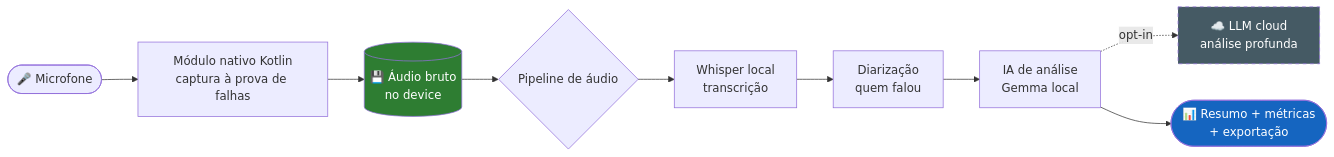
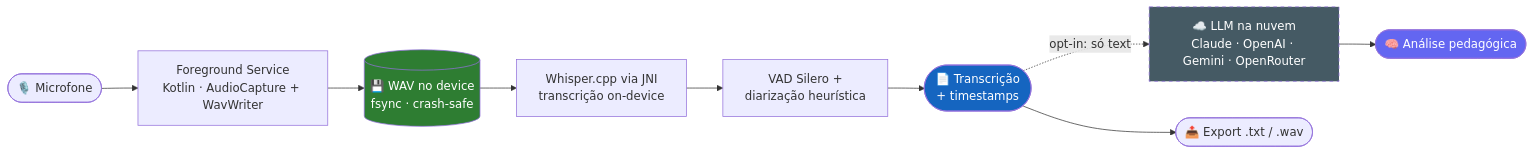
The diagram in README.md (caioross/AulaLogger), drawn with Mermaid before and after one commit. The commit also changed other lines of this file and 16 other files, not shown here.

````diff
--- a/README.md
+++ b/README.md
@@ -49,14 +75,15 @@
 ```mermaid
 flowchart LR
-    A([🎤 Microfone]) --> B[Módulo nativo Kotlin<br/>captura à prova de falhas]
-    B --> C[(💾 Áudio bruto<br/>no device)]
-    C --> D{Pipeline de áudio}
-    D --> E[Whisper local<br/>transcrição]
-    E --> F[Diarização<br/>quem falou]
-    F --> G[IA de análise<br/>Gemma local]
-    G -.opt-in.-> H[☁️ LLM cloud<br/>análise profunda]
-    G --> I([📊 Resumo + métricas<br/>+ exportação])
+    A([🎙️ Microfone]) --> B["Foreground Service<br/>Kotlin · AudioCapture + WavWriter"]
+    B --> C[("💾 WAV no device<br/>fsync · crash-safe")]
+    C --> D["Whisper.cpp via JNI<br/>transcrição on-device"]
+    D --> E["VAD Silero +<br/>diarização heurística"]
+    E --> F([📄 Transcrição<br/>+ timestamps])
+    F -.opt-in: só texto.-> G["☁️ LLM na nuvem<br/>Claude · OpenAI · Gemini · OpenRouter"]
+    G --> H([🧠 Análise pedagógica])
+    F --> I([📤 Export .txt / .wav])
     style C fill:#2E7D32,color:#fff
-    style H fill:#455A64,color:#fff,stroke-dasharray: 5 5
-    style I fill:#1565C0,color:#fff
+    style G fill:#455A64,color:#fff,stroke-dasharray: 5 5
+    style H fill:#6366F1,color:#fff
+    style F fill:#1565C0,color:#fff
 ```
````
